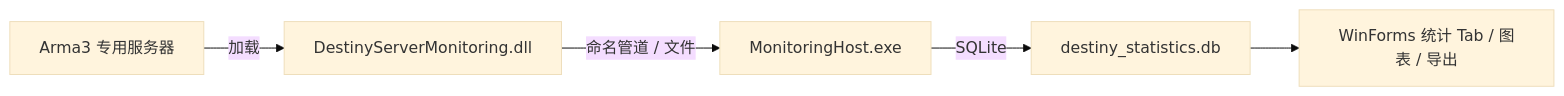
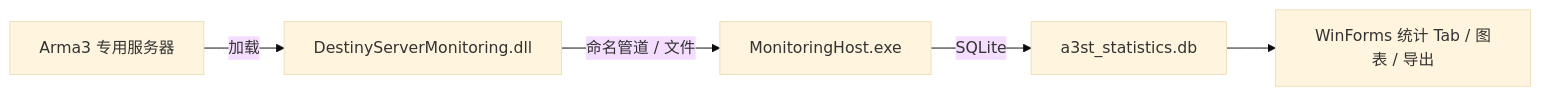
The diagram in docs/monitoring-cpp-dll-build.md (ViVi141/arma3-server-tool), drawn with Mermaid (base theme) before and after one commit. The commit also changed 48 other files, not shown here.

````diff
--- a/docs/monitoring-cpp-dll-build.md
+++ b/docs/monitoring-cpp-dll-build.md
@@ -36,7 +36,7 @@
 ```mermaid
 flowchart LR
     A[Arma3 专用服务器] -->|加载| B[DestinyServerMonitoring.dll]
     B -->|命名管道 / 文件| C[MonitoringHost.exe]
-    C -->|SQLite| D[destiny_statistics.db]
+    C -->|SQLite| D[a3st_statistics.db]
     D --> E[WinForms 统计 Tab / 图表 / 导出]
 ```
````
